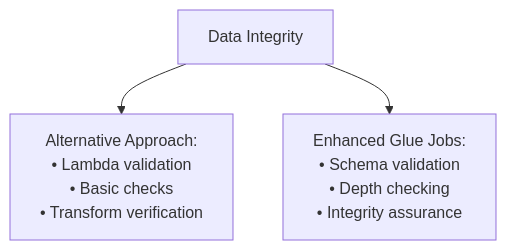
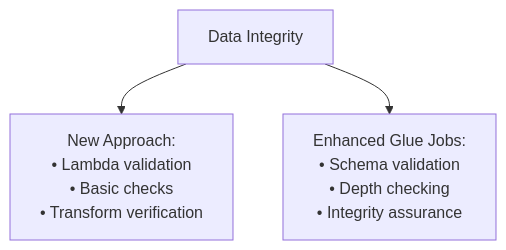
Diagram 13 of 17 in mermaid.md (veronelazio/wezterm), drawn with Mermaid before and after one commit. The commit also changed other lines of this file, not shown here.

````diff
--- a/mermaid.md
+++ b/mermaid.md
@@ -124,5 +124,5 @@
 ```mermaid
 flowchart TD
-    K1["Data Integrity"] --> K2["Alternative Approach:<br/>• Lambda validation<br/>• Basic checks<br/>• Transform verification"]
+    K1["Data Integrity"] --> K2["New Approach:<br/>• Lambda validation<br/>• Basic checks<br/>• Transform verification"]
     K1 --> K3["Enhanced Glue Jobs:<br/>• Schema validation<br/>• Depth checking<br/>• Integrity assurance"]
 ```
````
